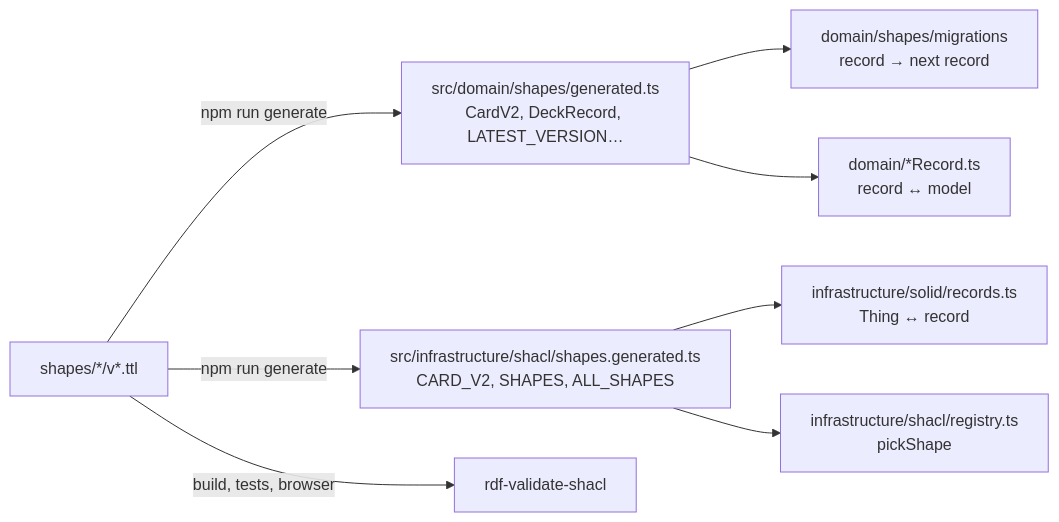
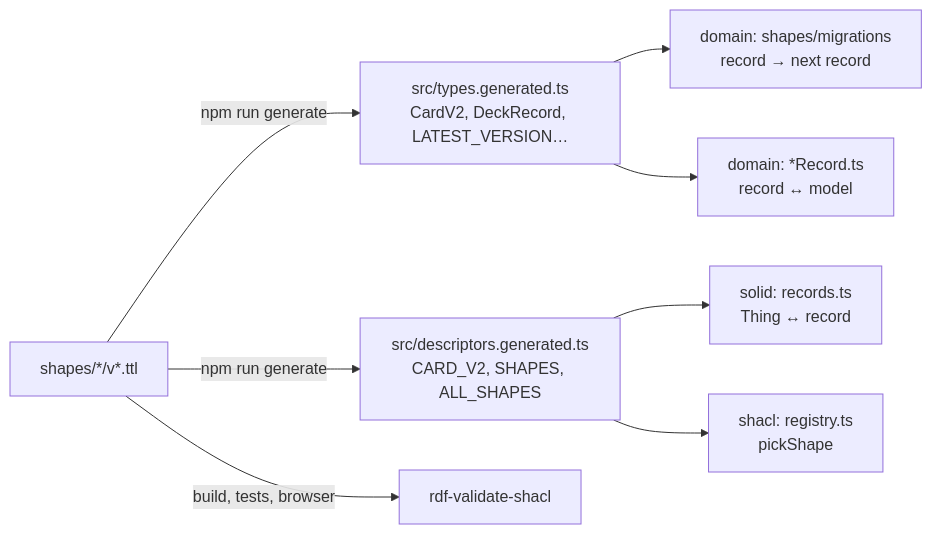
Before and after one commit to antwika/solid-memo: the diagram in docs/shapes.md, drawn with Mermaid. The commit also changed other lines of this file and 631 other files, not shown here.

````diff
--- a/docs/shapes.md
+++ b/docs/shapes.md
@@ -83,10 +83,10 @@
 ```mermaid
 flowchart LR
-    shapes["shapes/*/v*.ttl"] -->|npm run generate| types["src/domain/shapes/generated.ts<br/>CardV2, DeckRecord, LATEST_VERSION…"]
-    shapes -->|npm run generate| desc["src/infrastructure/shacl/shapes.generated.ts<br/>CARD_V2, SHAPES, ALL_SHAPES"]
-    types --> migrations["domain/shapes/migrations<br/>record → next record"]
-    types --> records["domain/*Record.ts<br/>record ↔ model"]
-    desc --> rw["infrastructure/solid/records.ts<br/>Thing ↔ record"]
-    desc --> pick["infrastructure/shacl/registry.ts<br/>pickShape"]
+    shapes["shapes/*/v*.ttl"] -->|npm run generate| types["src/types.generated.ts<br/>CardV2, DeckRecord, LATEST_VERSION…"]
+    shapes -->|npm run generate| desc["src/descriptors.generated.ts<br/>CARD_V2, SHAPES, ALL_SHAPES"]
+    types --> migrations["domain: shapes/migrations<br/>record → next record"]
+    types --> records["domain: *Record.ts<br/>record ↔ model"]
+    desc --> rw["solid: records.ts<br/>Thing ↔ record"]
+    desc --> pick["shacl: registry.ts<br/>pickShape"]
     shapes -->|build, tests, browser| shacl["rdf-validate-shacl"]
 ```
````
